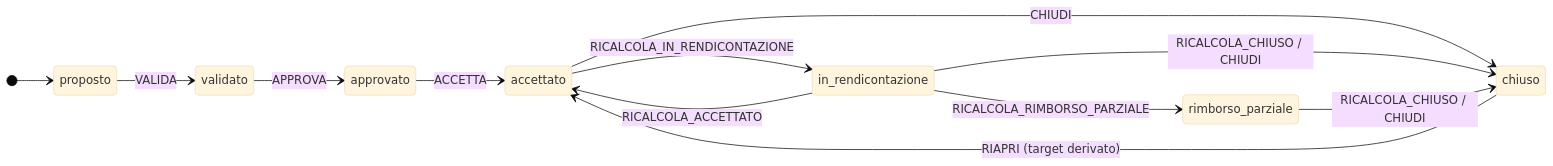
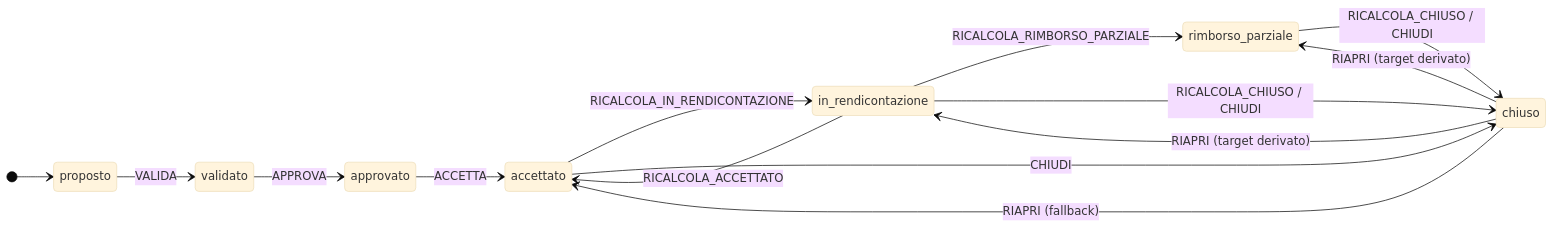
One commit to prinapo/volontari changed the first of 4 diagrams in docs/flussi-stati.md. Above: the diagram before and after it, drawn with Mermaid (base theme). The commit also changed other lines of this file and 5 other files, not shown here.

First line of the commit message:
docs: allinea documentazione e diagrammi delle macchine a stati

````diff
--- a/docs/flussi-stati.md
+++ b/docs/flussi-stati.md
@@ -58,19 +64,21 @@
 ```mermaid
 stateDiagram-v2
     direction LR
     [*] --> proposto
     proposto --> validato : VALIDA
     validato --> approvato : APPROVA
     approvato --> accettato : ACCETTA
 
     accettato --> in_rendicontazione : RICALCOLA_IN_RENDICONTAZIONE
     accettato --> chiuso : CHIUDI
 
     in_rendicontazione --> accettato : RICALCOLA_ACCETTATO
     in_rendicontazione --> rimborso_parziale : RICALCOLA_RIMBORSO_PARZIALE
     in_rendicontazione --> chiuso : RICALCOLA_CHIUSO / CHIUDI
 
     rimborso_parziale --> chiuso : RICALCOLA_CHIUSO / CHIUDI
 
-    chiuso --> accettato : RIAPRI (target derivato)
+    chiuso --> accettato : RIAPRI (fallback)
+    chiuso --> in_rendicontazione : RIAPRI (target derivato)
+    chiuso --> rimborso_parziale : RIAPRI (target derivato)
 ```
````
